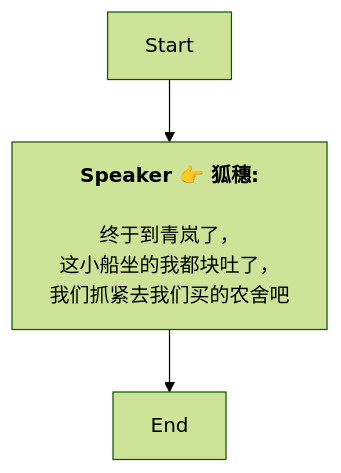
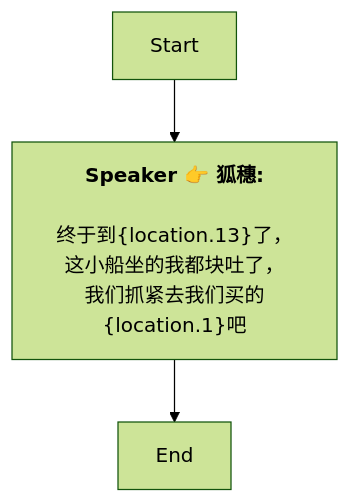
Before and after one commit to SoftHu/tos_avg: the diagram in Zh/AddDialogNode_1738526791038059.md, drawn with Mermaid (forest theme). The commit also changed 199 other files, not shown here.

````diff
--- a/Zh/AddDialogNode_1738526791038059.md
+++ b/Zh/AddDialogNode_1738526791038059.md
@@ -1,10 +1,10 @@
 ```mermaid
 graph
 Start -->1738526828918894[<b>Speaker 👉 狐穗:</b>
 
-终于到青岚了，
+终于到&lbrace;location.13&rbrace;了，
 这小船坐的我都块吐了，
-我们抓紧去我们买的农舍吧]
+我们抓紧去我们买的&lbrace;location.1&rbrace;吧]
 1738526828918894 -->1738526898865263[End]
 
  ```
````
